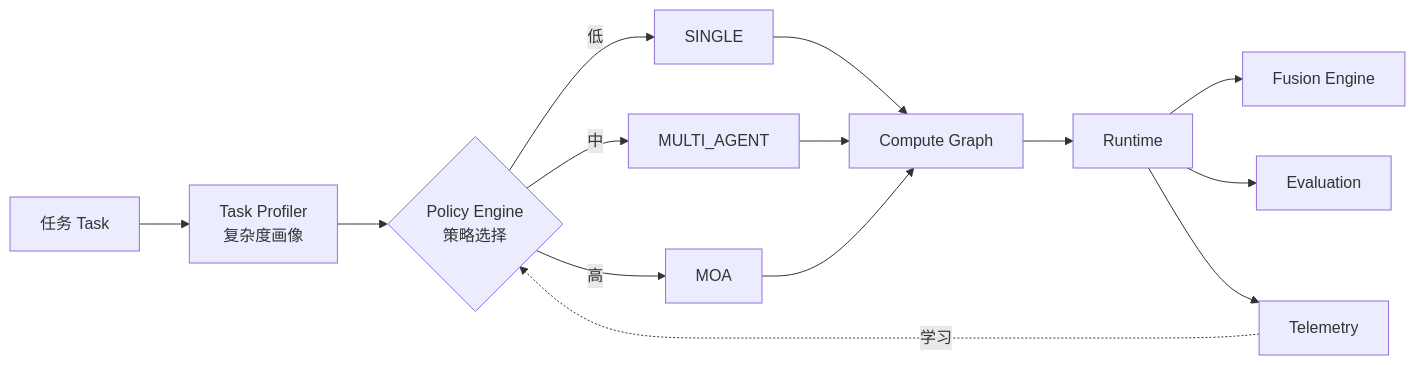
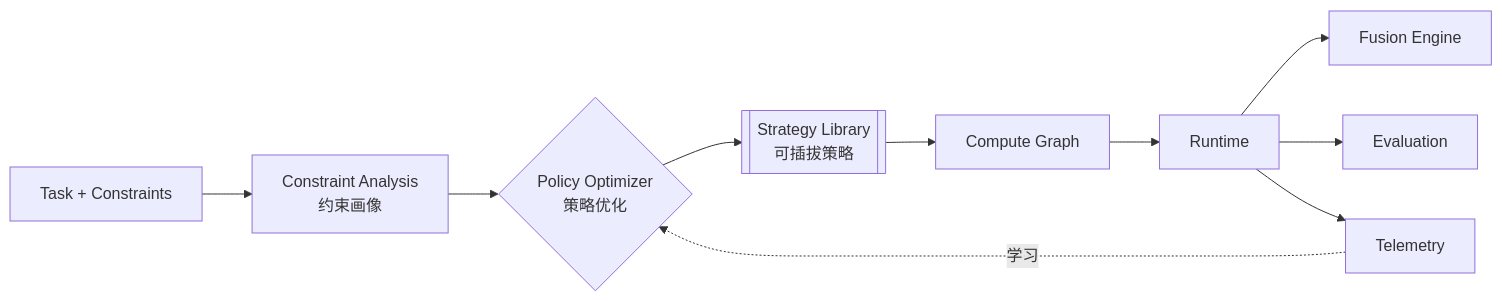
One commit to Yum-wu/fek changed the diagram in README.md. Above: the diagram before and after it, drawn with Mermaid. The commit also changed other lines of this file and 13 other files, not shown here.

First line of the commit message:
docs: FEK 战略定位重构为 Adaptive AI Compute Optimizer（Pivot）

````diff
--- a/README.md
+++ b/README.md
@@ -111,16 +119,12 @@
 ```mermaid
 flowchart LR
-    T[任务 Task] --> P[Task Profiler<br/>复杂度画像]
-    P --> PE{Policy Engine<br/>策略选择}
-    PE -->|低| S[SINGLE]
-    PE -->|中| M[MULTI_AGENT]
-    PE -->|高| A[MOA]
-    S --> G[Compute Graph]
-    M --> G
-    A --> G
+    T[Task + Constraints] --> CA[Constraint Analysis<br/>约束画像]
+    CA --> PO{Policy Optimizer<br/>策略优化}
+    PO --> SL[[Strategy Library<br/>可插拔策略]]
+    SL --> G[Compute Graph]
     G --> R[Runtime]
     R --> F[Fusion Engine]
     R --> E[Evaluation]
     R --> TL[Telemetry]
-    TL -. 学习 .-> PE
+    TL -. 学习 .-> PO
 ```
````
